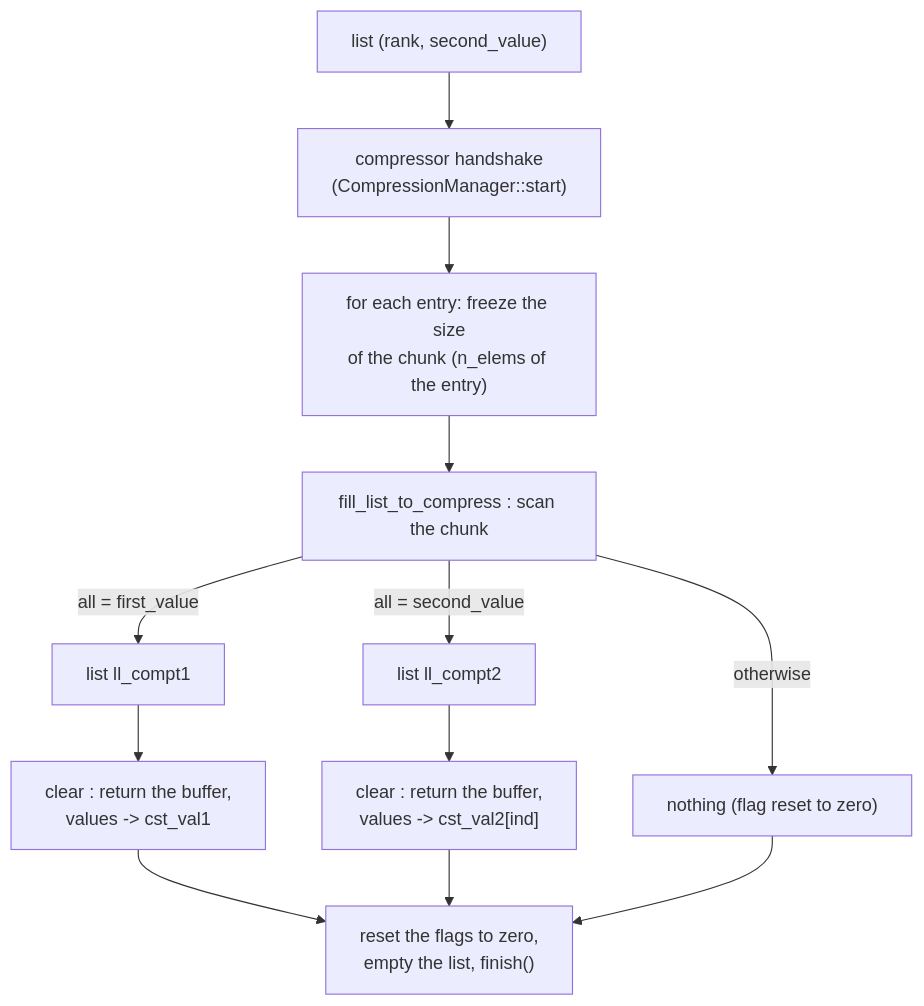
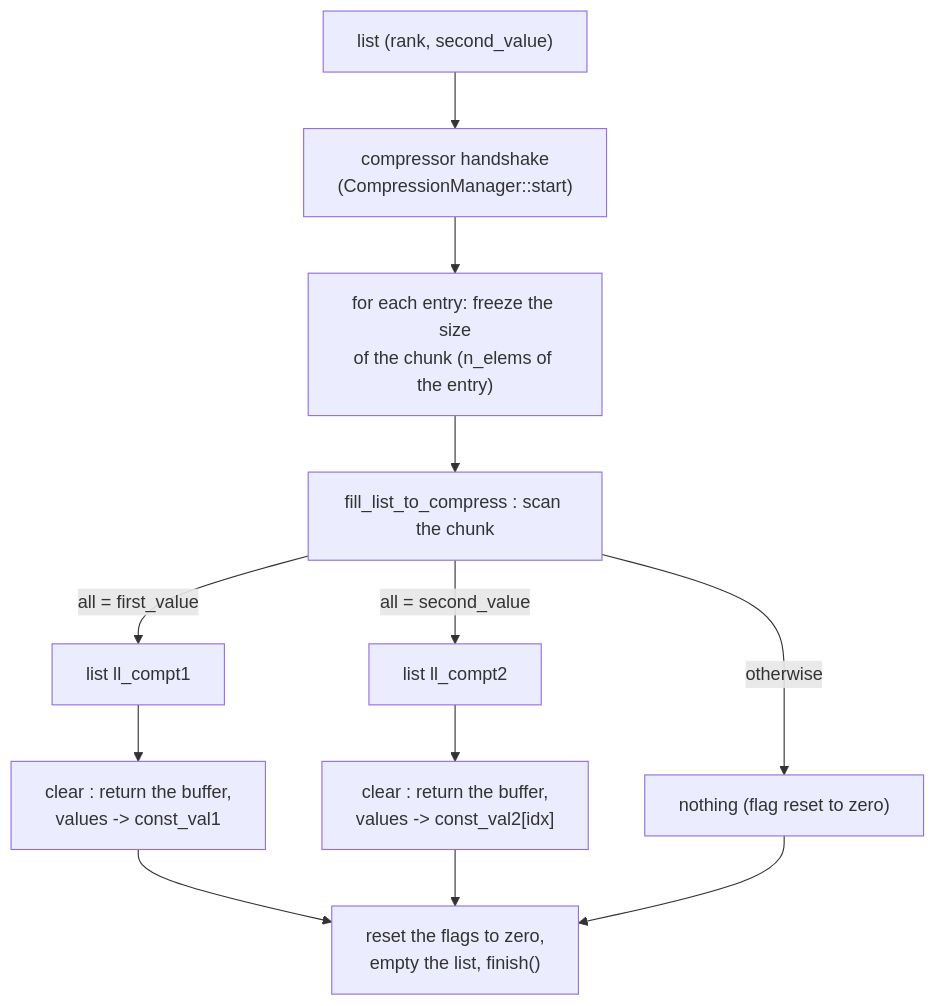
One commit to cea-hpc/shrink-array changed the second of 2 diagrams in docs/algo_zero_one_value.md. Above: the diagram before and after it, drawn with Mermaid. The commit also changed other lines of this file and 244 other files, not shown here.

````diff
--- a/docs/algo_zero_one_value.md
+++ b/docs/algo_zero_one_value.md
@@ -392,14 +392,14 @@
 ```mermaid
 flowchart TD
     A["list (rank, second_value)"] --> B["compressor handshake<br/>(CompressionManager::start)"]
     B --> C["for each entry: freeze the size<br/>of the chunk (n_elems of the entry)"]
     C --> D["fill_list_to_compress : scan the chunk"]
     D -->|"all = first_value"| E["list ll_compt1"]
     D -->|"all = second_value"| F["list ll_compt2"]
     D -->|"otherwise"| G["nothing (flag reset to zero)"]
-    E --> H["clear : return the buffer,<br/>values -> cst_val1"]
-    F --> I["clear : return the buffer,<br/>values -> cst_val2[ind]"]
+    E --> H["clear : return the buffer,<br/>values -> const_val1"]
+    F --> I["clear : return the buffer,<br/>values -> const_val2[idx]"]
     H --> J["reset the flags to zero,<br/>empty the list, finish()"]
     I --> J
     G --> J
 ```
````
